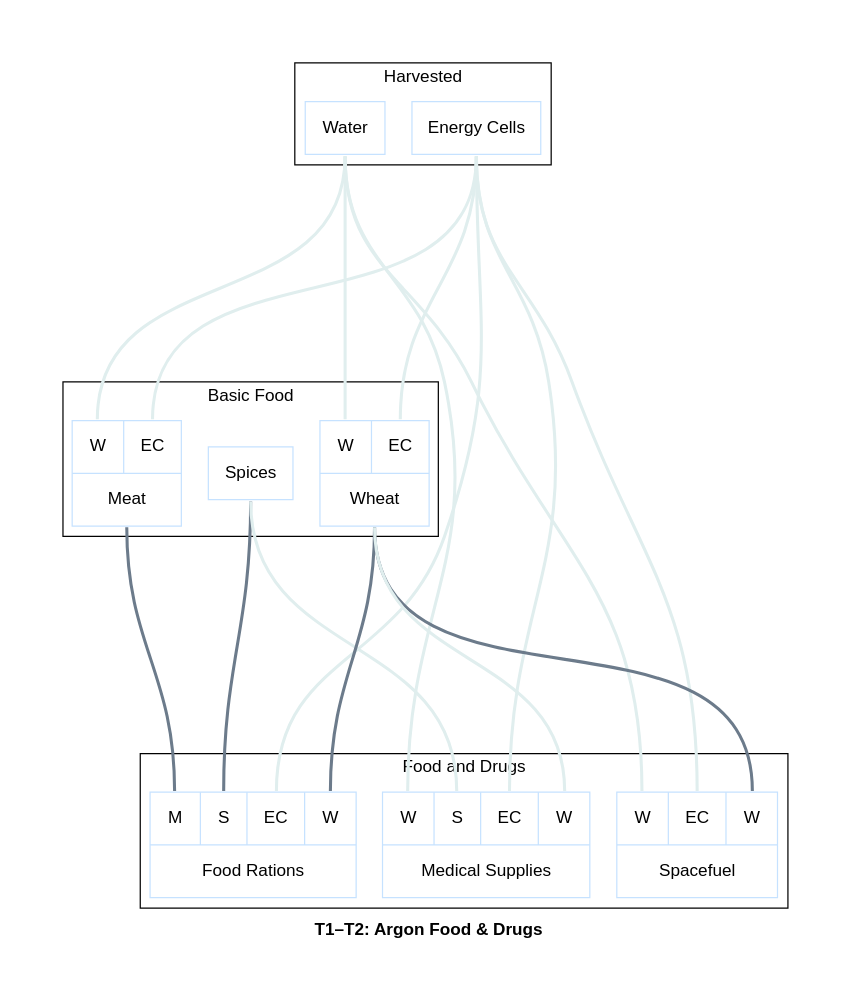
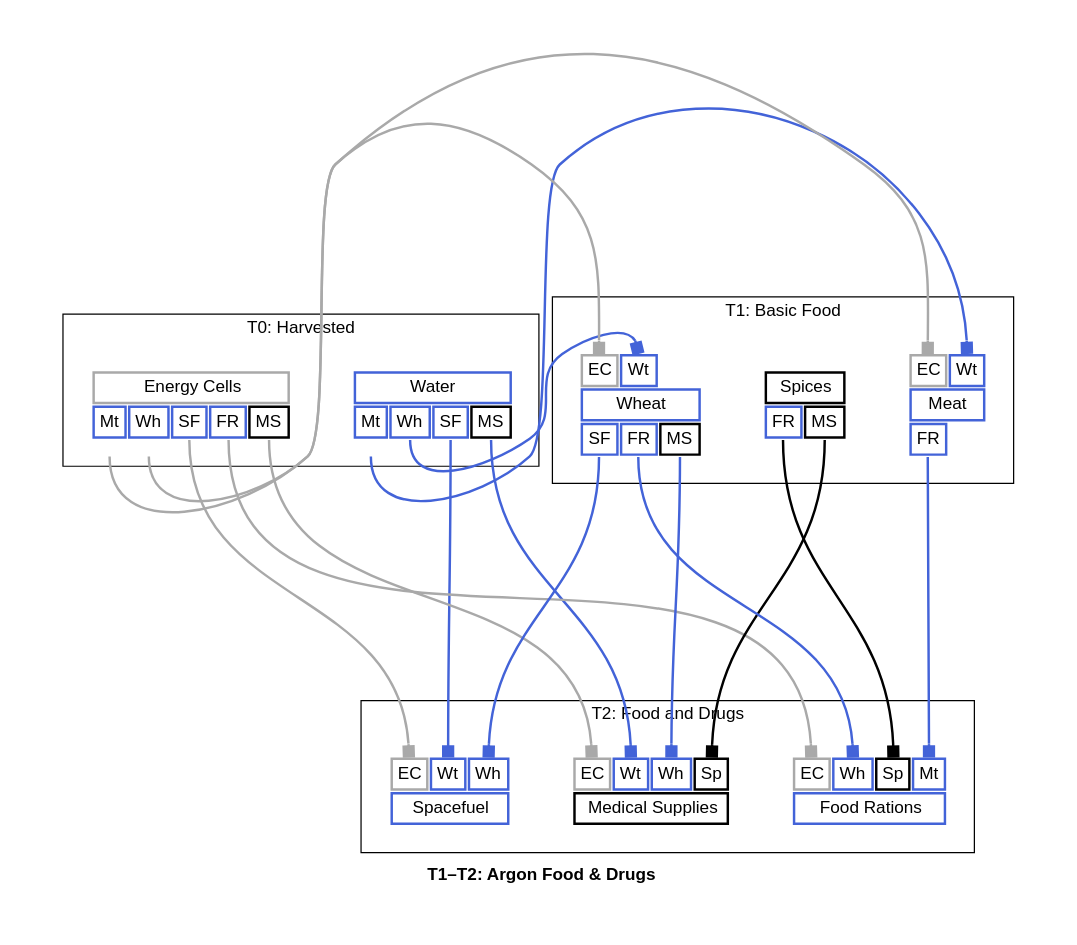
One commit to borntyping/x4-diagrams changed the diagram in docs/t1_t2_argon_food_drugs_graph.dot. Above: the diagram before and after it, drawn with Graphviz. The commit also changed 100 other files, not shown here.

Commit message:
Add pretty colours to GraphViz graphs

```diff
--- a/docs/t1_t2_argon_food_drugs_graph.dot
+++ b/docs/t1_t2_argon_food_drugs_graph.dot
@@ -1,40 +1,188 @@
-graph "X4 Economy" {
+digraph "X4 Economy" {
 	edge [arrowType=normal]
 	compound=true fontname="Helvetica,Arial,sans-serif"
 	label=<<b>T1–T2: Argon Food &amp; Drugs</b>>
 	graph [nodesep=0.3 pad=0.5 ranksep=3]
-	node [color=slategray1 fontname="Helvetica,Arial,sans-serif" margin=0.2 penwidth=1 shape=box]
-	edge [arrowhead=normal arrowtype=normal fontname="Helvetica,Arial,sans-serif" headport=n penwidth=2.5 tailport=s]
+	node [color=slategray1 fontname="Helvetica,Arial,sans-serif" margin=0.2 penwidth=2.0 shape=plaintext]
+	edge [arrowhead=normal arrowsize=1.0 fontname="Helvetica,Arial,sans-serif" headport=n penwidth=2.0 tailport=s]
 	subgraph 0 {
-		cluster=true label=Harvested
-		water [label="{<output> Water}" colour=lightsteelblue2 shape=record]
-		energy_cells [label="{<output> Energy Cells}" colour=lightsteelblue2 shape=record]
+		cluster=true label="T0: Harvested"
+		water [label=<<table border="0" cellborder="2" cellpadding="4" cellspacing="1" fixedsize="false" id="water" port="output">
+  
+  <tr>
+    <td align="text" bgcolor="white" color="#4363d8" colspan="4">Water</td>
+  </tr>
+  
+    <tr>
+      
+        <td align="text" bgcolor="white" color="#4363d8" port="meat">Mt</td>
+      
+        <td align="text" bgcolor="white" color="#4363d8" port="wheat">Wh</td>
+      
+        <td align="text" bgcolor="white" color="#4363d8" port="spacefuel">SF</td>
+      
+        <td align="text" bgcolor="white" color="#000000" port="medical_supplies">MS</td>
+      
+    </tr>
+  
+</table>>]
+		energy_cells [label=<<table border="0" cellborder="2" cellpadding="4" cellspacing="1" fixedsize="false" id="energy_cells" port="output">
+  
+  <tr>
+    <td align="text" bgcolor="white" color="#a9a9a9" colspan="5">Energy Cells</td>
+  </tr>
+  
+    <tr>
+      
+        <td align="text" bgcolor="white" color="#4363d8" port="meat">Mt</td>
+      
+        <td align="text" bgcolor="white" color="#4363d8" port="wheat">Wh</td>
+      
+        <td align="text" bgcolor="white" color="#4363d8" port="spacefuel">SF</td>
+      
+        <td align="text" bgcolor="white" color="#4363d8" port="food_rations">FR</td>
+      
+        <td align="text" bgcolor="white" color="#000000" port="medical_supplies">MS</td>
+      
+    </tr>
+  
+</table>>]
 	}
 	subgraph 1 {
-		cluster=true label="Basic Food"
-		meat [label="{{<water> W|<energy_cells> EC}|<output> Meat}" colour=lightsteelblue2 shape=record]
-		spices [label="{<output> Spices}" colour=lightsteelblue2 shape=record]
-		wheat [label="{{<water> W|<energy_cells> EC}|<output> Wheat}" colour=lightsteelblue2 shape=record]
+		cluster=true label="T1: Basic Food"
+		meat [label=<<table border="0" cellborder="2" cellpadding="4" cellspacing="1" fixedsize="false" id="meat" port="output">
+  
+    <tr>
+      
+        <td align="text" bgcolor="white" color="#a9a9a9" port="energy_cells">EC</td>
+      
+        <td align="text" bgcolor="white" color="#4363d8" port="water">Wt</td>
+      
+    </tr>
+  
+  <tr>
+    <td align="text" bgcolor="white" color="#4363d8" colspan="2">Meat</td>
+  </tr>
+  
+    <tr>
+      
+        <td align="text" bgcolor="white" color="#4363d8" port="food_rations">FR</td>
+      
+    </tr>
+  
+</table>>]
+		spices [label=<<table border="0" cellborder="2" cellpadding="4" cellspacing="1" fixedsize="false" id="spices" port="output">
+  
+  <tr>
+    <td align="text" bgcolor="white" color="#000000" colspan="2">Spices</td>
+  </tr>
+  
+    <tr>
+      
+        <td align="text" bgcolor="white" color="#4363d8" port="food_rations">FR</td>
+      
+        <td align="text" bgcolor="white" color="#000000" port="medical_supplies">MS</td>
+      
+    </tr>
+  
+</table>>]
+		wheat [label=<<table border="0" cellborder="2" cellpadding="4" cellspacing="1" fixedsize="false" id="wheat" port="output">
+  
+    <tr>
+      
+        <td align="text" bgcolor="white" color="#a9a9a9" port="energy_cells">EC</td>
+      
+        <td align="text" bgcolor="white" color="#4363d8" port="water">Wt</td>
+      
+    </tr>
+  
+  <tr>
+    <td align="text" bgcolor="white" color="#4363d8" colspan="3">Wheat</td>
+  </tr>
+  
+    <tr>
+      
+        <td align="text" bgcolor="white" color="#4363d8" port="spacefuel">SF</td>
+      
+        <td align="text" bgcolor="white" color="#4363d8" port="food_rations">FR</td>
+      
+        <td align="text" bgcolor="white" color="#000000" port="medical_supplies">MS</td>
+      
+    </tr>
+  
+</table>>]
 	}
 	subgraph 2 {
-		cluster=true label="Food and Drugs"
-		spacefuel [label="{{<water> W|<energy_cells> EC|<wheat> W}|<output> Spacefuel}" colour=lightsteelblue2 shape=record]
-		food_rations [label="{{<meat> M|<spices> S|<energy_cells> EC|<wheat> W}|<output> Food Rations}" colour=lightsteelblue2 shape=record]
-		medical_supplies [label="{{<water> W|<spices> S|<energy_cells> EC|<wheat> W}|<output> Medical Supplies}" colour=lightsteelblue2 shape=record]
+		cluster=true label="T2: Food and Drugs"
+		spacefuel [label=<<table border="0" cellborder="2" cellpadding="4" cellspacing="1" fixedsize="false" id="spacefuel" port="output">
+  
+    <tr>
+      
+        <td align="text" bgcolor="white" color="#a9a9a9" port="energy_cells">EC</td>
+      
+        <td align="text" bgcolor="white" color="#4363d8" port="water">Wt</td>
+      
+        <td align="text" bgcolor="white" color="#4363d8" port="wheat">Wh</td>
+      
+    </tr>
+  
+  <tr>
+    <td align="text" bgcolor="white" color="#4363d8" colspan="3">Spacefuel</td>
+  </tr>
+  
+</table>>]
+		food_rations [label=<<table border="0" cellborder="2" cellpadding="4" cellspacing="1" fixedsize="false" id="food_rations" port="output">
+  
+    <tr>
+      
+        <td align="text" bgcolor="white" color="#a9a9a9" port="energy_cells">EC</td>
+      
+        <td align="text" bgcolor="white" color="#4363d8" port="wheat">Wh</td>
+      
+        <td align="text" bgcolor="white" color="#000000" port="spices">Sp</td>
+      
+        <td align="text" bgcolor="white" color="#4363d8" port="meat">Mt</td>
+      
+    </tr>
+  
+  <tr>
+    <td align="text" bgcolor="white" color="#4363d8" colspan="4">Food Rations</td>
+  </tr>
+  
+</table>>]
+		medical_supplies [label=<<table border="0" cellborder="2" cellpadding="4" cellspacing="1" fixedsize="false" id="medical_supplies" port="output">
+  
+    <tr>
+      
+        <td align="text" bgcolor="white" color="#a9a9a9" port="energy_cells">EC</td>
+      
+        <td align="text" bgcolor="white" color="#4363d8" port="water">Wt</td>
+      
+        <td align="text" bgcolor="white" color="#4363d8" port="wheat">Wh</td>
+      
+        <td align="text" bgcolor="white" color="#000000" port="spices">Sp</td>
+      
+    </tr>
+  
+  <tr>
+    <td align="text" bgcolor="white" color="#000000" colspan="4">Medical Supplies</td>
+  </tr>
+  
+</table>>]
 	}
-	energy_cells:output:s -- meat:energy_cells:n [color=azure2]
-	water:output:s -- meat:water:n [color=azure2]
-	energy_cells:output:s -- wheat:energy_cells:n [color=azure2]
-	water:output:s -- wheat:water:n [color=azure2]
-	energy_cells:output:s -- spacefuel:energy_cells:n [color=azure2]
-	water:output:s -- spacefuel:water:n [color=azure2]
-	wheat:output:s -- spacefuel:wheat:n [color=slategray4]
-	energy_cells:output:s -- food_rations:energy_cells:n [color=azure2]
-	meat:output:s -- food_rations:meat:n [color=slategray4]
-	spices:output:s -- food_rations:spices:n [color=slategray4]
-	wheat:output:s -- food_rations:wheat:n [color=slategray4]
-	energy_cells:output:s -- medical_supplies:energy_cells:n [color=azure2]
-	spices:output:s -- medical_supplies:spices:n [color=azure2]
-	water:output:s -- medical_supplies:water:n [color=azure2]
-	wheat:output:s -- medical_supplies:wheat:n [color=azure2]
+	energy_cells:meat:s -> meat:energy_cells:n [arrowhead=box color="#a9a9a9" weight=0.1]
+	water:meat:s -> meat:water:n [arrowhead=box color="#4363d8" weight=0.1]
+	energy_cells:wheat:s -> wheat:energy_cells:n [arrowhead=box color="#a9a9a9" weight=0.1]
+	water:wheat:s -> wheat:water:n [arrowhead=box color="#4363d8" weight=0.1]
+	energy_cells:spacefuel:s -> spacefuel:energy_cells:n [arrowhead=box color="#a9a9a9" weight=0.1]
+	water:spacefuel:s -> spacefuel:water:n [arrowhead=box color="#4363d8" weight=0.1]
+	wheat:spacefuel:s -> spacefuel:wheat:n [arrowhead=box color="#4363d8" weight=1.0]
+	energy_cells:food_rations:s -> food_rations:energy_cells:n [arrowhead=box color="#a9a9a9" weight=0.1]
+	meat:food_rations:s -> food_rations:meat:n [arrowhead=box color="#4363d8" weight=1.0]
+	spices:food_rations:s -> food_rations:spices:n [arrowhead=box color="#000000" weight=1.0]
+	wheat:food_rations:s -> food_rations:wheat:n [arrowhead=box color="#4363d8" weight=1.0]
+	energy_cells:medical_supplies:s -> medical_supplies:energy_cells:n [arrowhead=box color="#a9a9a9" weight=0.1]
+	spices:medical_supplies:s -> medical_supplies:spices:n [arrowhead=box color="#000000" weight=1.0]
+	water:medical_supplies:s -> medical_supplies:water:n [arrowhead=box color="#4363d8" weight=0.1]
+	wheat:medical_supplies:s -> medical_supplies:wheat:n [arrowhead=box color="#4363d8" weight=1.0]
 }
```
